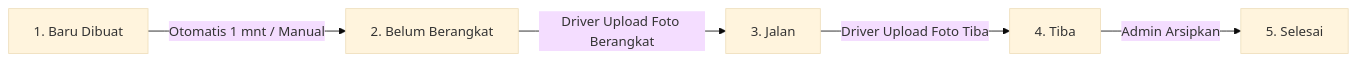
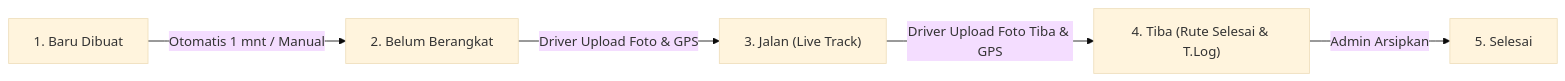
The diagram in README.md (SepTGut/KPMscirpt), drawn with Mermaid (base theme) before and after one commit. The commit also changed other lines of this file and 1 other file, not shown here.

````diff
--- a/README.md
+++ b/README.md
@@ -168,7 +152,7 @@
 ```mermaid
 graph LR
     A["1. Baru Dibuat"] -->|"Otomatis 1 mnt / Manual"| B["2. Belum Berangkat"]
-    B -->|"Driver Upload Foto Berangkat"| C["3. Jalan"]
-    C -->|"Driver Upload Foto Tiba"| D["4. Tiba"]
+    B -->|"Driver Upload Foto & GPS"| C["3. Jalan (Live Track)"]
+    C -->|"Driver Upload Foto Tiba & GPS"| D["4. Tiba (Rute Selesai & T.Log)"]
     D -->|"Admin Arsipkan"| E["5. Selesai"]
 ```
````
